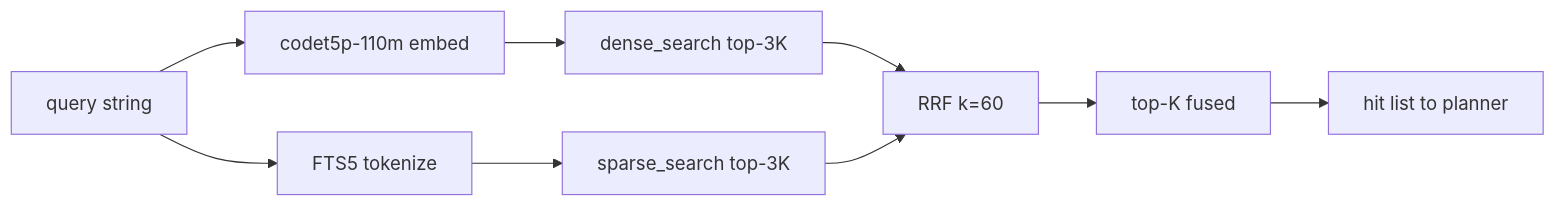
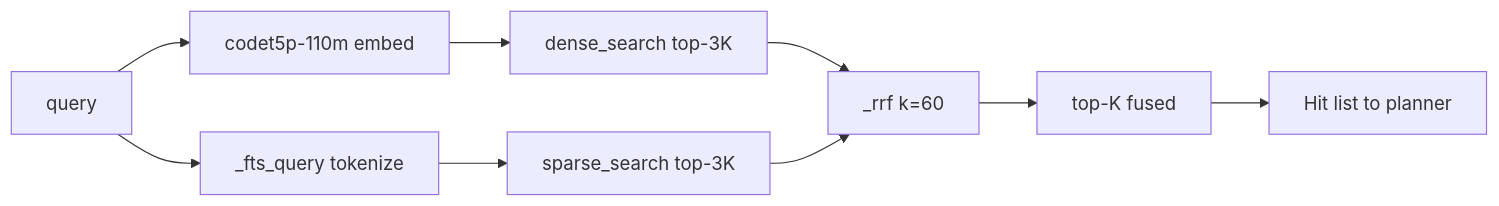
The diagram in src/content/essays/hybrid-search-tool.mdx (samrathchadha/perseusresearch), drawn with Mermaid before and after one commit. The commit also changed other lines of this file and 31 other files, not shown here.

````diff
--- a/src/content/essays/hybrid-search-tool.mdx
+++ b/src/content/essays/hybrid-search-tool.mdx
@@ -51,11 +167,11 @@
 ```mermaid
 flowchart LR
-  Q[query string] --> E[codet5p-110m embed]
-  Q --> T[FTS5 tokenize]
+  Q[query] --> E[codet5p-110m embed]
+  Q --> T[_fts_query tokenize]
   E --> D[dense_search top-3K]
   T --> S[sparse_search top-3K]
-  D --> R[RRF k=60]
+  D --> R[_rrf k=60]
   S --> R
   R --> K[top-K fused]
-  K --> H[hit list to planner]
+  K --> H[Hit list to planner]
 ```
````
